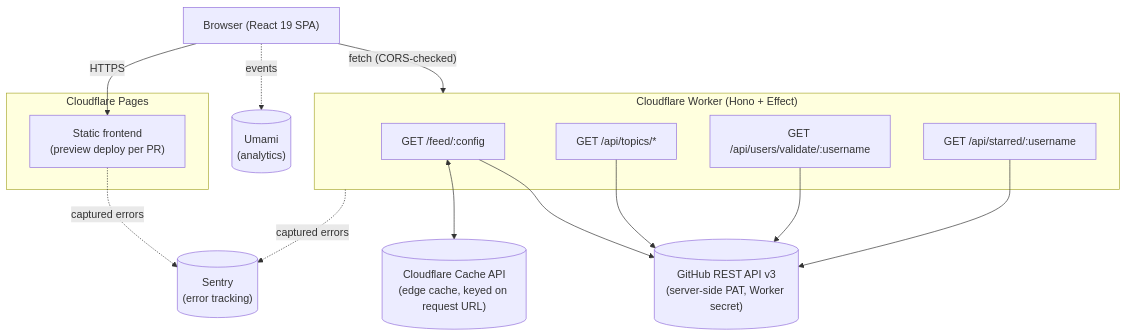
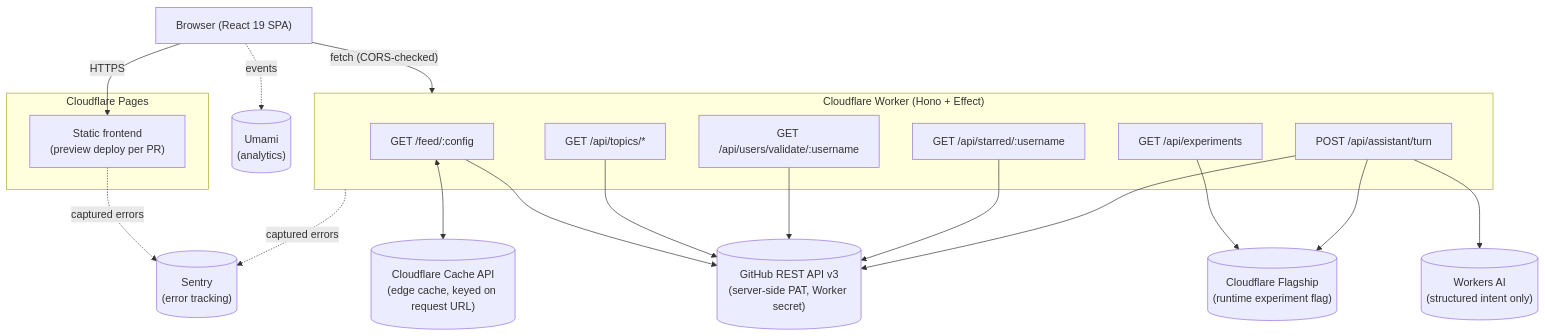
One commit to schalkneethling/ossreleasefeed-v2 changed the first of 4 diagrams in docs/ARCHITECTURE.md. Above: the diagram before and after it, drawn with Mermaid. The commit also changed other lines of this file and 34 other files, not shown here.

````diff
--- a/docs/ARCHITECTURE.md
+++ b/docs/ARCHITECTURE.md
@@ -8,33 +8,41 @@
 ```mermaid
 flowchart TD
     Browser["Browser (React 19 SPA)"]
 
     subgraph Pages["Cloudflare Pages"]
         SPA["Static frontend\n(preview deploy per PR)"]
     end
 
     subgraph Worker["Cloudflare Worker (Hono + Effect)"]
         Feed["GET /feed/:config"]
         Topics["GET /api/topics/*"]
         Users["GET /api/users/validate/:username"]
         Starred["GET /api/starred/:username"]
+        Experiments["GET /api/experiments"]
+        Assistant["POST /api/assistant/turn"]
     end
 
     Cache[("Cloudflare Cache API\n(edge cache, keyed on request URL)")]
     GitHub[("GitHub REST API v3\n(server-side PAT, Worker secret)")]
     Sentry[("Sentry\n(error tracking)")]
     Umami[("Umami\n(analytics)")]
+    Flagship[("Cloudflare Flagship\n(runtime experiment flag)")]
+    WorkersAI[("Workers AI\n(structured intent only)")]
 
     Browser -- HTTPS --> SPA
     Browser -- "fetch (CORS-checked)" --> Worker
     Browser -. events .-> Umami
 
     Feed <--> Cache
     Feed --> GitHub
     Topics --> GitHub
     Users --> GitHub
     Starred --> GitHub
+    Experiments --> Flagship
+    Assistant --> Flagship
+    Assistant --> WorkersAI
+    Assistant --> GitHub
 
     Worker -. captured errors .-> Sentry
     SPA -. captured errors .-> Sentry
 ```
````
